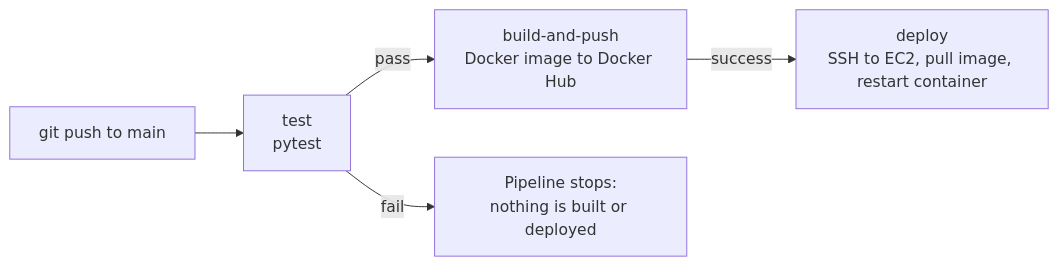
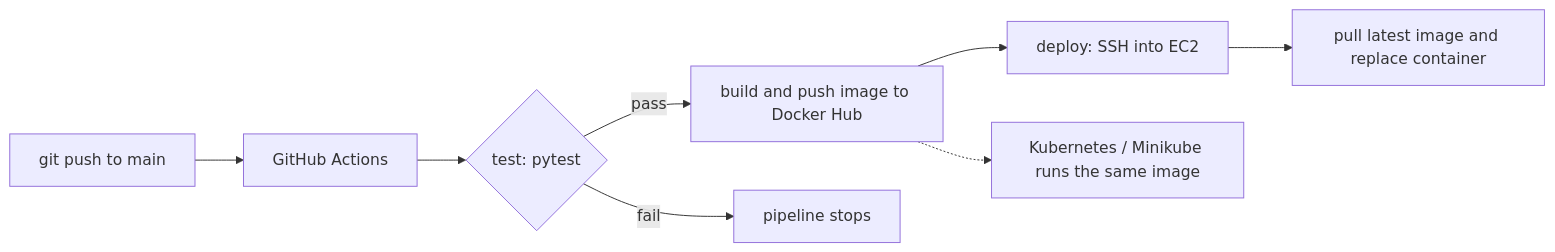
The diagram in README.md (Anjalimv2001/todo-api), drawn with Mermaid before and after one commit. The commit also changed other lines of this file, not shown here.

````diff
--- a/README.md
+++ b/README.md
@@ -12,7 +21,10 @@
 ```mermaid
 flowchart LR
-    A[git push to main] --> B[test<br/>pytest]
-    B -->|pass| C[build-and-push<br/>Docker image to Docker Hub]
-    C -->|success| D[deploy<br/>SSH to EC2, pull image, restart container]
-    B -->|fail| X[Pipeline stops:<br/>nothing is built or deployed]
+    A[git push to main] --> B[GitHub Actions]
+    B --> C{test: pytest}
+    C -- pass --> D[build and push image to Docker Hub]
+    C -- fail --> X[pipeline stops]
+    D --> E[deploy: SSH into EC2]
+    E --> F[pull latest image and replace container]
+    D -.-> G[Kubernetes / Minikube runs the same image]
 ```
````
